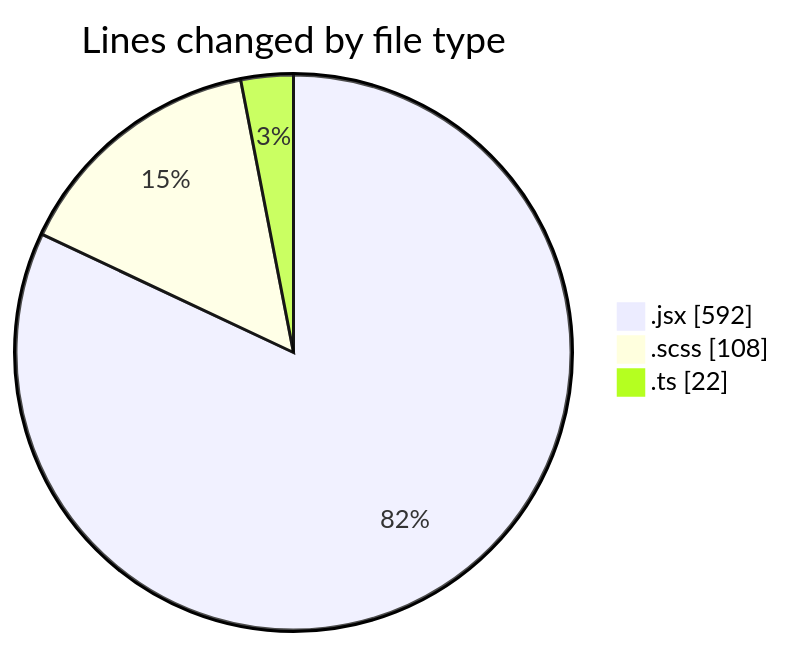
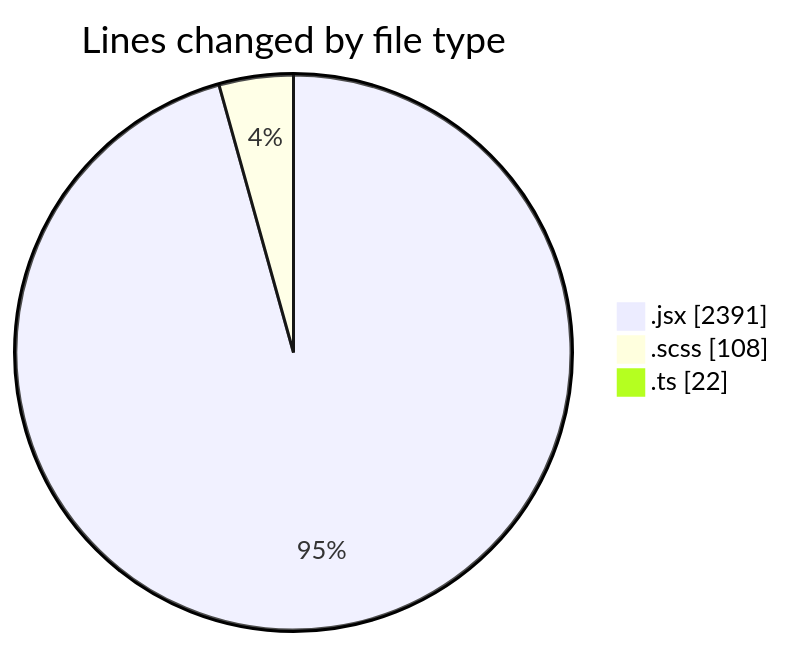
Before and after one commit to momahboobian/code-tracking: the first of 2 diagrams in 2026-09-01/cda/README.md, drawn with Mermaid. The commit also changed other lines of this file and 1 other file, not shown here.

````diff
--- a/2026-09-01/cda/README.md
+++ b/2026-09-01/cda/README.md
@@ -31,7 +45,7 @@
 ```mermaid
 pie showData
 title Lines changed by file type
-".jsx" : 592
+".jsx" : 2391
 ".scss" : 108
 ".ts" : 22
 ```
````
